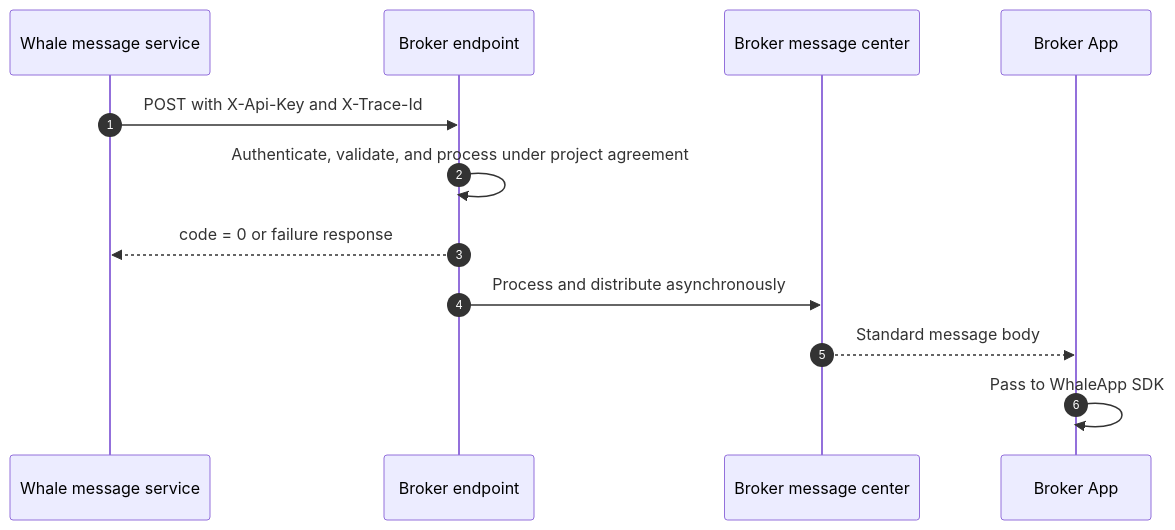
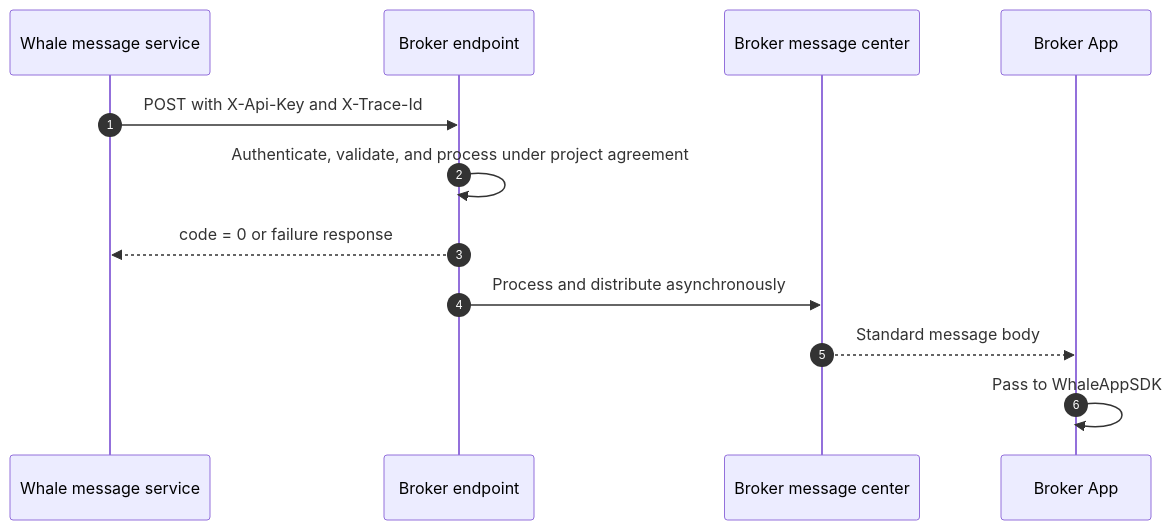
One commit to longbridge/whale-docs changed the diagram in docs/en/docs/server-message-forwarding.mdx. Above: the diagram before and after it, drawn with Mermaid. The commit also changed other lines of this file and 120 other files, not shown here.

````diff
--- a/docs/en/docs/server-message-forwarding.mdx
+++ b/docs/en/docs/server-message-forwarding.mdx
@@ -10,14 +10,14 @@
 ```mermaid
 sequenceDiagram
     autonumber
     participant Whale as Whale message service
     participant API as Broker endpoint
     participant Center as Broker message center
     participant App as Broker App
     Whale->>API: POST with X-Api-Key and X-Trace-Id
     API->>API: Authenticate, validate, and process under project agreement
     API-->>Whale: code = 0 or failure response
     API->>Center: Process and distribute asynchronously
     Center-->>App: Standard message body
-    App->>App: Pass to WhaleApp SDK
+    App->>App: Pass to WhaleAppSDK
 ```
````
